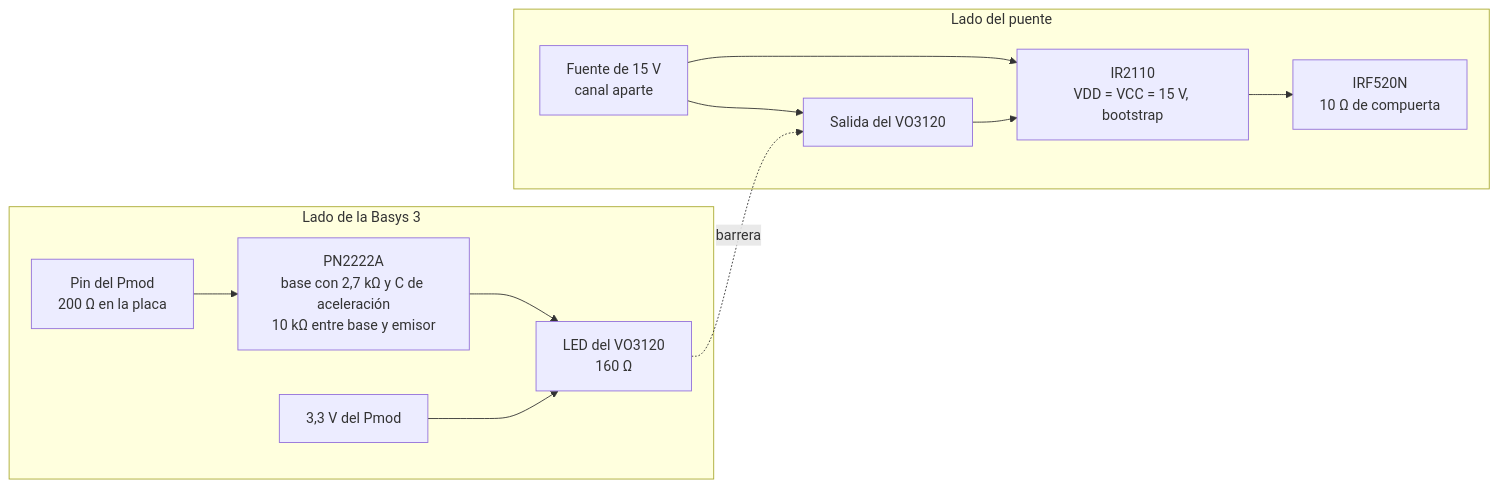
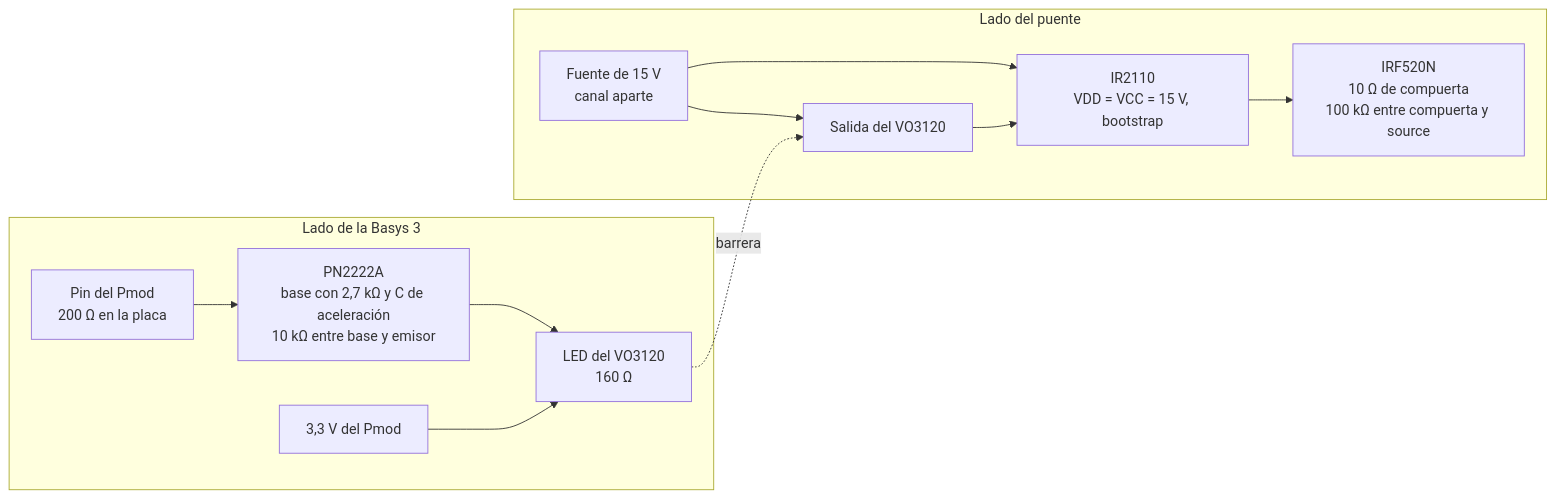
One commit to Taller-de-diseno-digital-GR01/Proyecto-4-Regulador-PR changed the diagram in potencia/diseno_puente_h.md. Above: the diagram before and after it, drawn with Mermaid. The commit also changed other lines of this file and 1 other file, not shown here.

````diff
--- a/potencia/diseno_puente_h.md
+++ b/potencia/diseno_puente_h.md
@@ -118,15 +118,15 @@
 ```mermaid
 flowchart LR
     subgraph basys["Lado de la Basys 3"]
         pin["Pin del Pmod<br/>200 Ω en la placa"] --> q["PN2222A<br/>base con 2,7 kΩ y C de aceleración<br/>10 kΩ entre base y emisor"]
         v33["3,3 V del Pmod"] --> led["LED del VO3120<br/>160 Ω"]
         q --> led
     end
     subgraph potencia["Lado del puente"]
         opto["Salida del VO3120"] --> drv["IR2110<br/>VDD = VCC = 15 V, bootstrap"]
-        drv --> mos["IRF520N<br/>10 Ω de compuerta"]
+        drv --> mos["IRF520N<br/>10 Ω de compuerta<br/>100 kΩ entre compuerta y source"]
         v15["Fuente de 15 V<br/>canal aparte"] --> opto
         v15 --> drv
     end
     led -. barrera .-> opto
 ```
````
